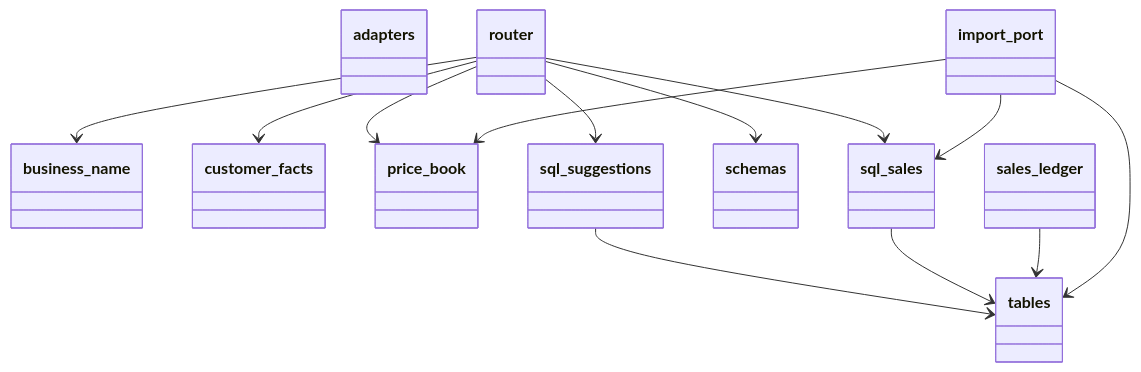
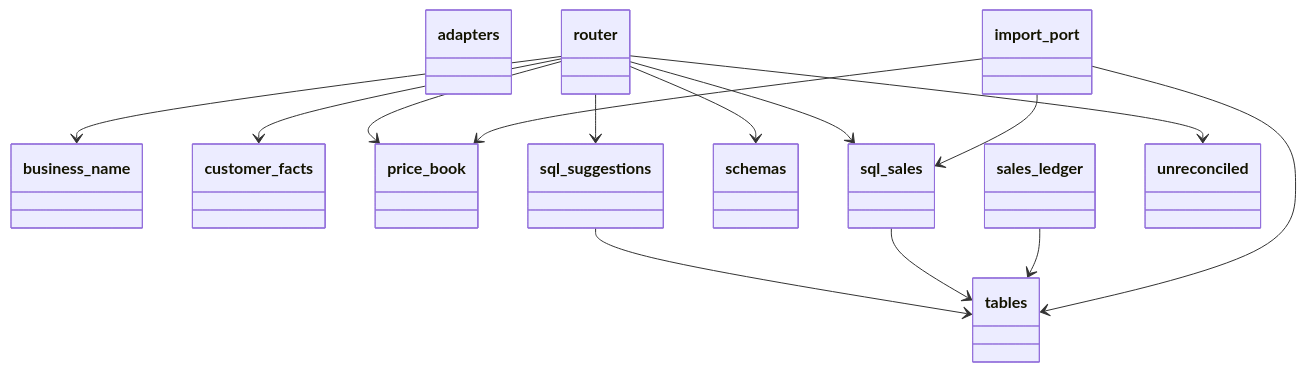
One commit to GonzaloZevallos/apostrophe changed the third of 6 diagrams in docs/architecture/generated/classes/sales.md. Above: the diagram before and after it, drawn with Mermaid. The commit also changed other lines of this file and 3 other files, not shown here.

````diff
--- a/docs/architecture/generated/classes/sales.md
+++ b/docs/architecture/generated/classes/sales.md
@@ -61,37 +61,40 @@
 ```mermaid
 classDiagram
   class adapters {
   }
   class business_name {
   }
   class customer_facts {
   }
   class import_port {
   }
   class price_book {
   }
   class router {
   }
   class sales_ledger {
   }
   class schemas {
   }
   class sql_sales {
   }
   class sql_suggestions {
   }
   class tables {
   }
+  class unreconciled {
+  }
   import_port --> price_book
   import_port --> sql_sales
   import_port --> tables
   router --> business_name
   router --> customer_facts
   router --> price_book
   router --> schemas
   router --> sql_sales
   router --> sql_suggestions
+  router --> unreconciled
   sales_ledger --> tables
   sql_sales --> tables
   sql_suggestions --> tables
 ```
````
